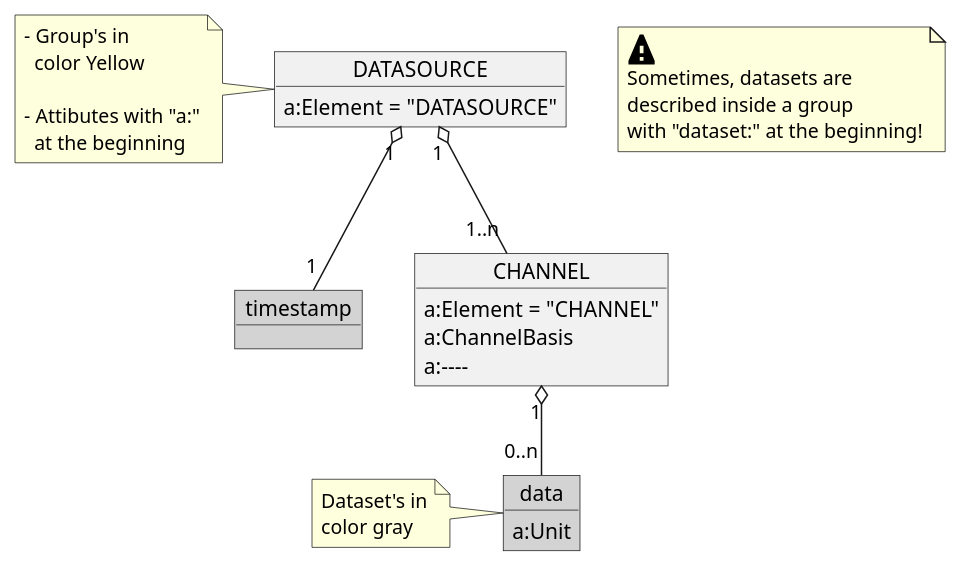
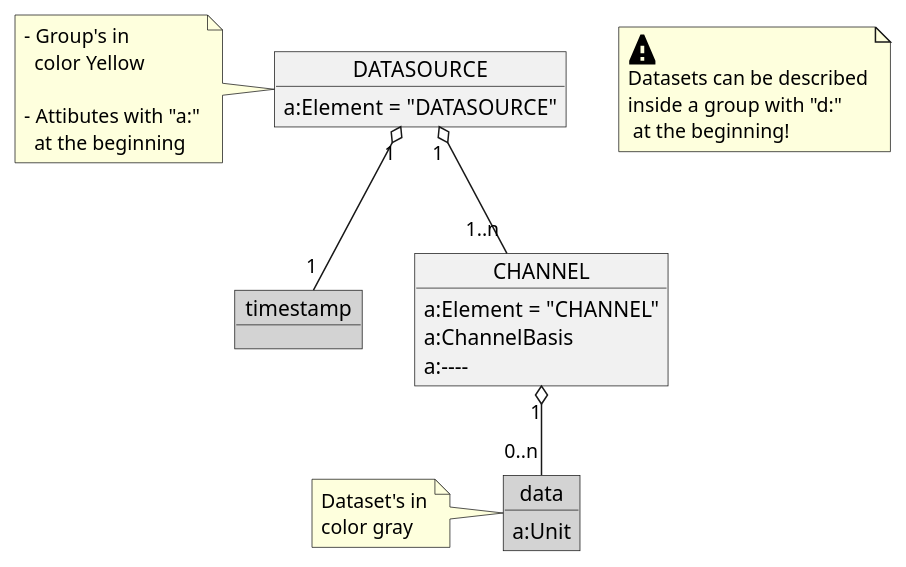
One commit to OpenRailAssociation/rcm-dx changed the first of 9 diagrams in images.puml. Above: the diagram before and after it, drawn with PlantUML. The commit also changed other lines of this file and 8 other files, not shown here.

```diff
--- a/images.puml
+++ b/images.puml
@@ -4,41 +4,41 @@
 @startuml RCM_DX_diagram_example
 
   object DATASOURCE {
     a:Element = "DATASOURCE"
   }
   note left
     - Group's in
       color Yellow
     
     - Attibutes with "a:"
       at the beginning
   end note
 
   object timestamp #LightGray
 
   object CHANNEL {
     a:Element = "CHANNEL"
     a:ChannelBasis
     a:----
   }
 
   object data #LightGray{
     a:Unit
   }
   note left
     Dataset's in
     color gray
   end note
 
   note as HINT
     <size:30><&warning>
-    Sometimes, datasets are
-    described inside a group
-    with "dataset:" at the beginning!
+    Datasets can be described
+    inside a group with "d:"
+     at the beginning!
   end note
 
   DATASOURCE "1" o-- "1" timestamp
   DATASOURCE "1" o-- "1..n" CHANNEL
   CHANNEL "1" o-- "0..n" data
 
 @enduml
```
